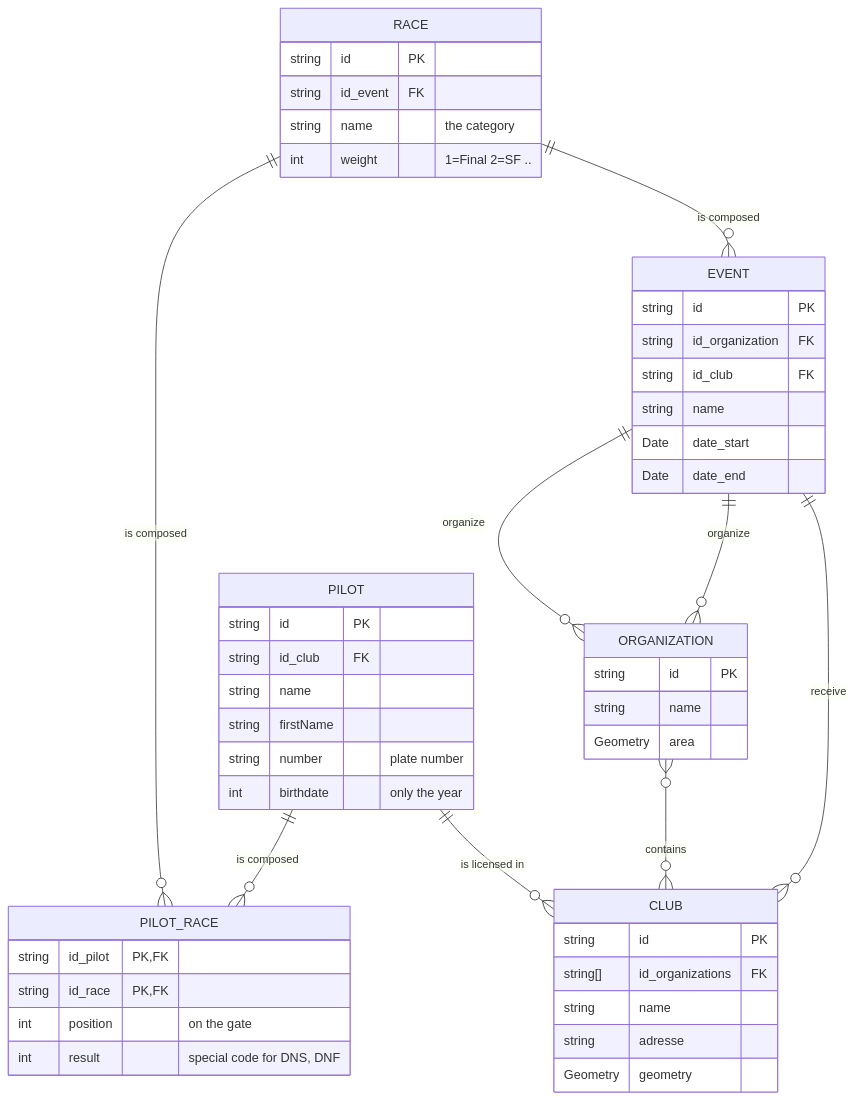
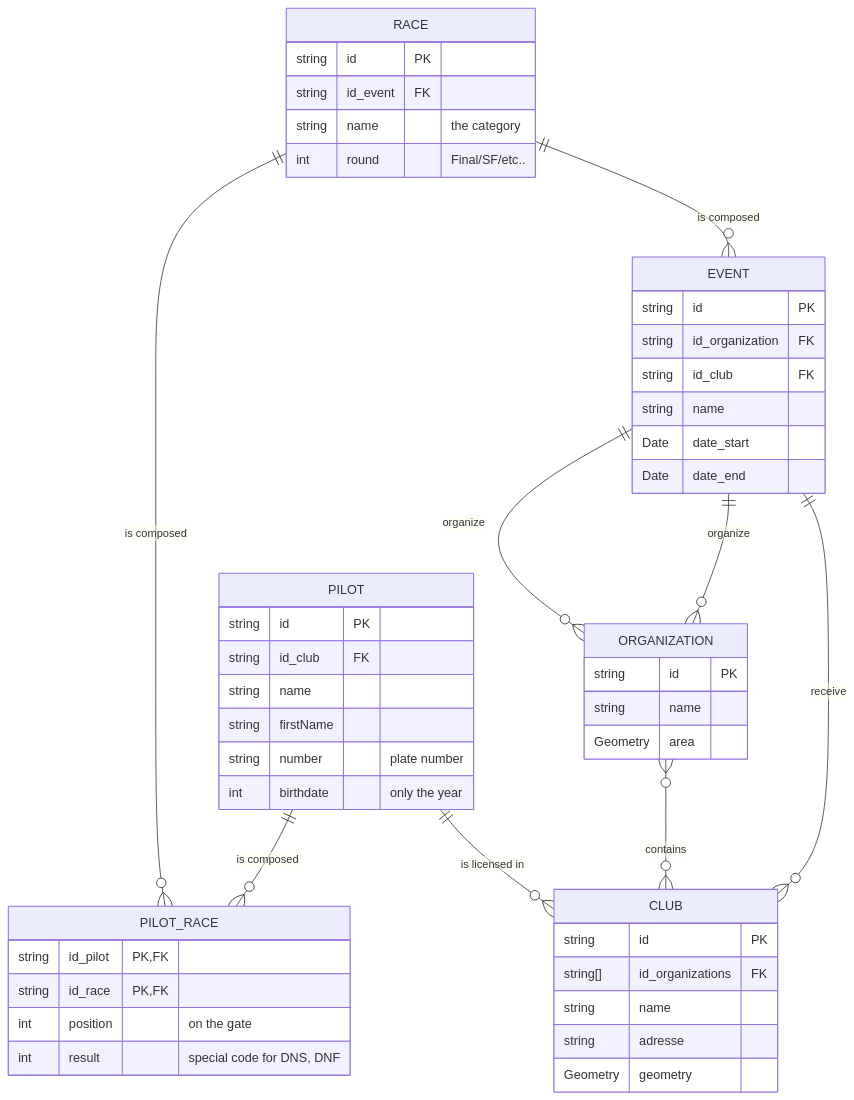
The diagram in doc/mcd.md (ThibaultBrun/sqorz-client), drawn with Mermaid before and after one commit.

````diff
--- a/doc/mcd.md
+++ b/doc/mcd.md
@@ -3,57 +3,57 @@
 ```mermaid
 erDiagram
     ORGANIZATION }o--o{ CLUB : contains
     PILOT ||--o{ CLUB : "is licensed in"
     EVENT ||--o{ CLUB : "receive"
     EVENT ||--o{ ORGANIZATION : "organize"
     EVENT ||--o{ ORGANIZATION : "organize"
     RACE ||--o{ EVENT : "is composed"
     PILOT ||--o{ PILOT_RACE : "is composed"
     RACE ||--o{ PILOT_RACE : "is composed"
     
     ORGANIZATION {
         string id PK
         string name
         Geometry area
     }
     CLUB {
         string id PK
         string[] id_organizations FK
         string name
         string adresse
         Geometry geometry
     }
     
     PILOT {
         string id PK
         string id_club FK
         string name
         string firstName
         string number "plate number"
         int birthdate "only the year" 
     }
 
     EVENT {
         string id PK
         string id_organization FK
         string id_club FK
         string name
         Date date_start
         Date date_end
     }
 
     RACE {
         string id PK
         string id_event FK
         string name "the category"
-        int weight "1=Final 2=SF .."
+        int round "Final/SF/etc.."
     }
 
     PILOT_RACE {
         string id_pilot PK,FK
         string id_race PK,FK
         int position "on the gate"
         int result "special code for DNS, DNF" 
     }
 
 ```
````
